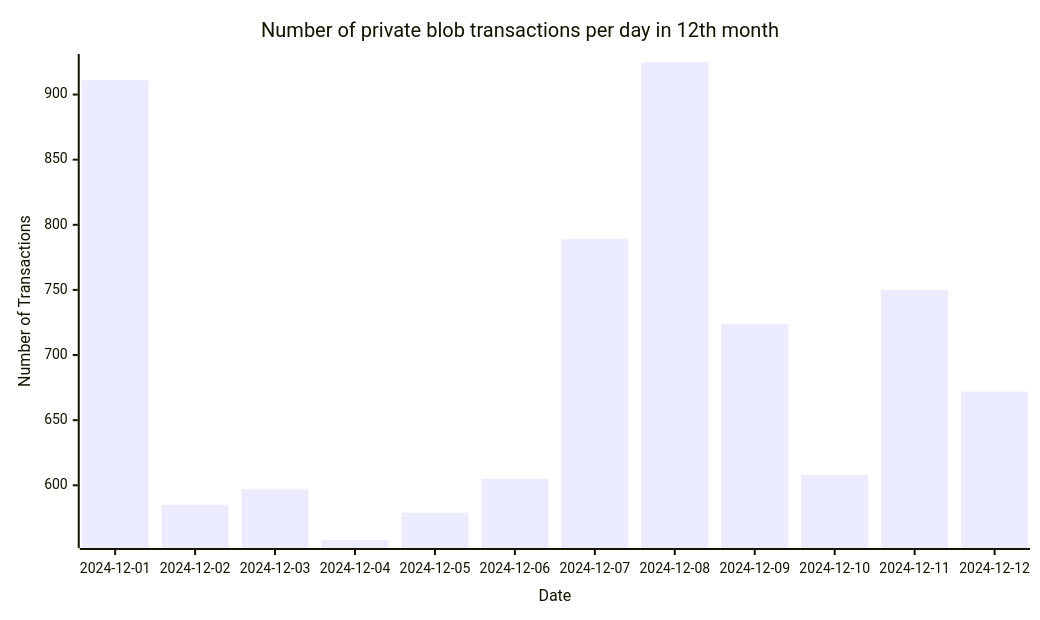
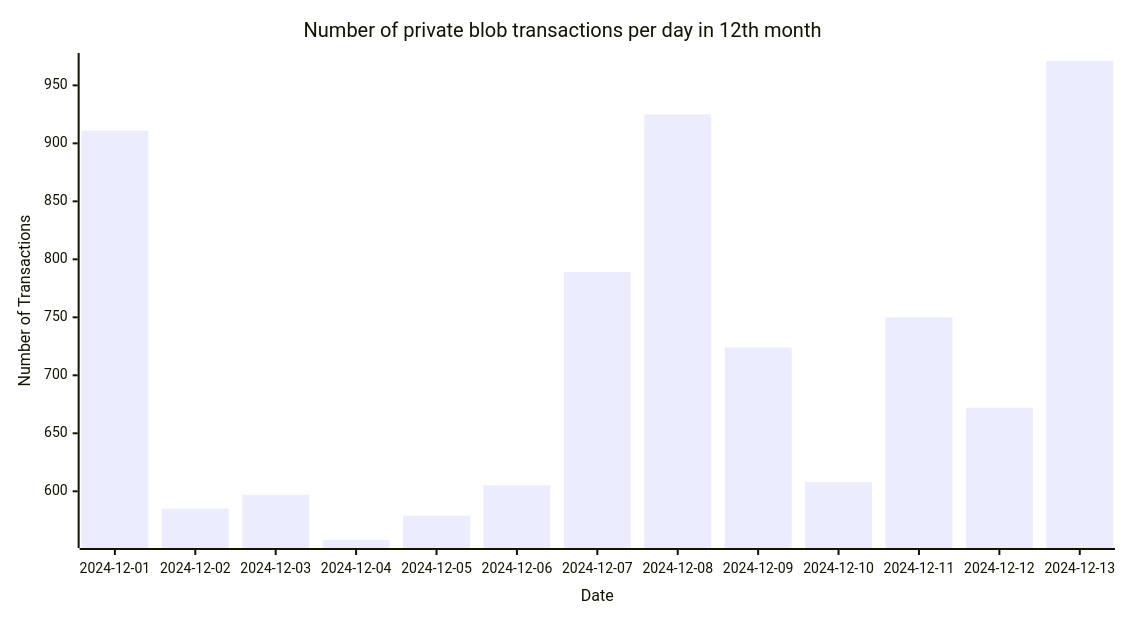
One commit to Amit0617/eip4844-data changed the diagram in README.md. Above: the diagram before and after it, drawn with Mermaid. The commit also changed 1 other file, not shown here.

````diff
--- a/README.md
+++ b/README.md
@@ -1,12 +1,12 @@
 ```mermaid
 ---
 config:
     xyChart:
-        width: 1020
+        width: 1105
         height: 600
 ---
 xychart-beta title "Number of private blob transactions per day in 12th month"
-x-axis "Date" [2024-12-01,2024-12-02,2024-12-03,2024-12-04,2024-12-05,2024-12-06,2024-12-07,2024-12-08,2024-12-09,2024-12-10,2024-12-11,2024-12-12]
+x-axis "Date" [2024-12-01,2024-12-02,2024-12-03,2024-12-04,2024-12-05,2024-12-06,2024-12-07,2024-12-08,2024-12-09,2024-12-10,2024-12-11,2024-12-12,2024-12-13]
 y-axis "Number of Transactions"
-bar[911,585,597,558,579,605,789,925,724,608,750,672]
+bar[911,585,597,558,579,605,789,925,724,608,750,672,971]
 ```
````
